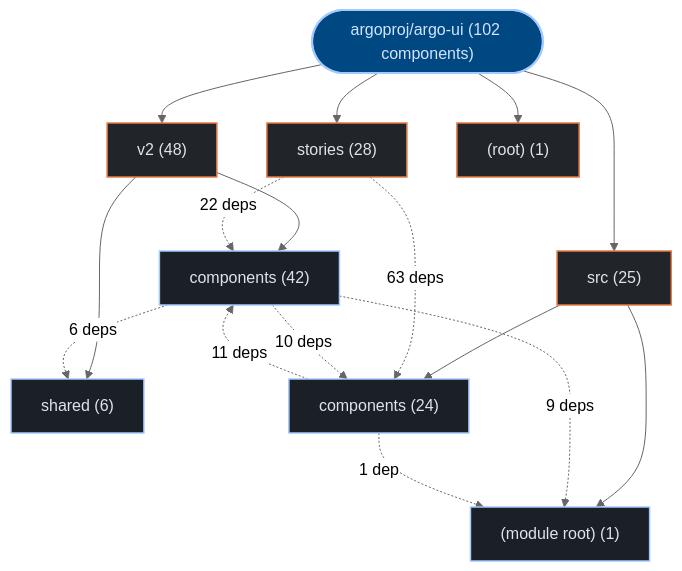
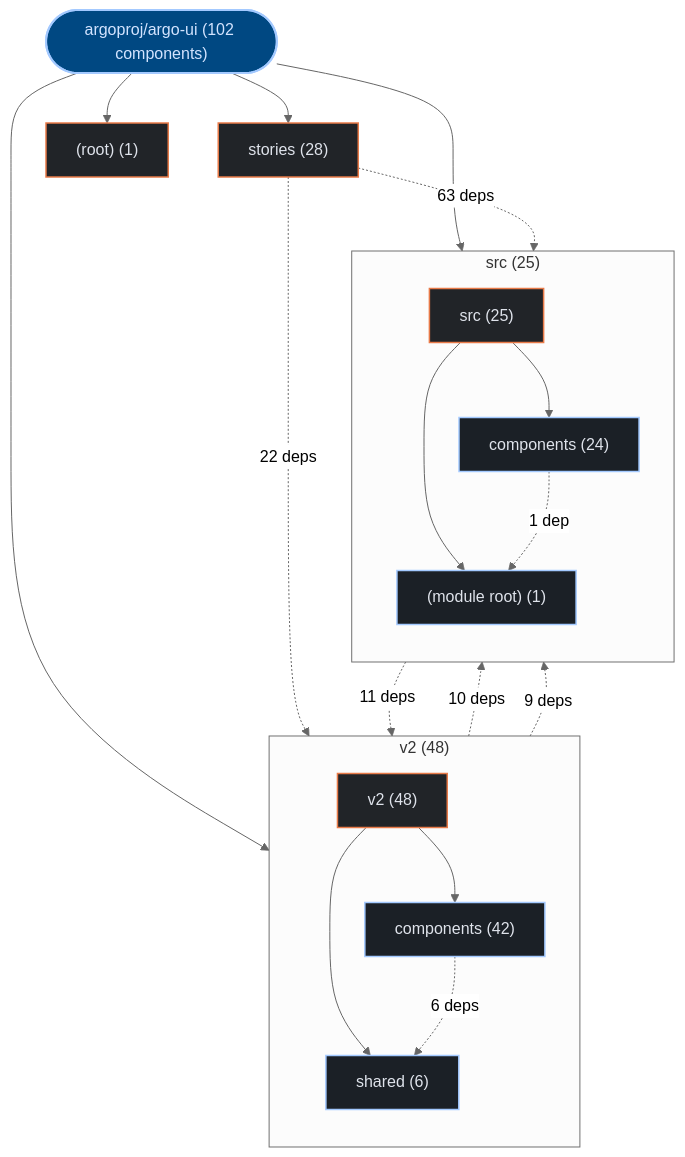
Before and after one commit to kumarshaz/atruss-code-atlas: the first of 3 diagrams in exports/latest/reports/argoproj-argo-ui-report.md, drawn with Mermaid (neutral theme). The commit also changed 178 other files, not shown here.

Commit message:
feat(ui,mermaid): upgrade to mermaid v12 + ELK layout, add orgs-summary + pagination, subgraph building blocks, fix tab alignment

````diff
--- a/exports/latest/reports/argoproj-argo-ui-report.md
+++ b/exports/latest/reports/argoproj-argo-ui-report.md
@@ -42,34 +42,40 @@
 ```mermaid
 graph TD;
   classDef atlasRoot fill:#004882,stroke:#a3c9ff,stroke-width:2px,color:#d3e4ff
   classDef atlasCategory fill:#212428,stroke:#E87A48,stroke-width:1.5px,color:#dfe3eb
   classDef atlasWorkflow fill:#1b2026,stroke:#a3c9ff,stroke-width:1.5px,color:#dfe3eb
   classDef atlasJob fill:#171c22,stroke:#8d9199,stroke-width:1px,color:#dfe3eb
   classDef atlasTarget fill:#005227,stroke:#8bd99b,stroke-width:1.5px,color:#a7f6b6
   classDef atlasAlert fill:#93000a,stroke:#ffb4ab,stroke-width:1.5px,color:#ffdad6
   classDef atlasMore fill:#252a31,stroke:#8d9199,stroke-dasharray:4 4,color:#c3c6cf
     repo_root(["argoproj/argo-ui (102 components)"]):::atlasRoot
-    dir_0_v2["v2 (48)"]:::atlasCategory
+    subgraph sg_dir_0_v2["v2 (48)"]
+      direction TB
+      dir_0_v2["v2 (48)"]:::atlasCategory
+      sub_0_0_components["components (42)"]:::atlasWorkflow
+      dir_0_v2 --> sub_0_0_components
+      sub_0_1_shared["shared (6)"]:::atlasWorkflow
+      dir_0_v2 --> sub_0_1_shared
+    end
     repo_root --> dir_0_v2
-    sub_0_0_components["components (42)"]:::atlasWorkflow
-    dir_0_v2 --> sub_0_0_components
-    sub_0_1_shared["shared (6)"]:::atlasWorkflow
-    dir_0_v2 --> sub_0_1_shared
     dir_1_stories["stories (28)"]:::atlasCategory
     repo_root --> dir_1_stories
-    dir_2_src["src (25)"]:::atlasCategory
+    subgraph sg_dir_2_src["src (25)"]
+      direction TB
+      dir_2_src["src (25)"]:::atlasCategory
+      sub_2_0_components["components (24)"]:::atlasWorkflow
+      dir_2_src --> sub_2_0_components
+      sub_2_1__module_root_["(module root) (1)"]:::atlasWorkflow
+      dir_2_src --> sub_2_1__module_root_
+    end
     repo_root --> dir_2_src
-    sub_2_0_components["components (24)"]:::atlasWorkflow
-    dir_2_src --> sub_2_0_components
-    sub_2_1__module_root_["(module root) (1)"]:::atlasWorkflow
-    dir_2_src --> sub_2_1__module_root_
     dir_3__root_["(root) (1)"]:::atlasCategory
     repo_root --> dir_3__root_
     dir_1_stories -.->|"63 deps"| sub_2_0_components
     dir_1_stories -.->|"22 deps"| sub_0_0_components
     sub_2_0_components -.->|"11 deps"| sub_0_0_components
     sub_0_0_components -.->|"10 deps"| sub_2_0_components
     sub_0_0_components -.->|"9 deps"| sub_2_1__module_root_
     sub_0_0_components -.->|"6 deps"| sub_0_1_shared
     sub_2_0_components -.->|"1 dep"| sub_2_1__module_root_
 ```
````
